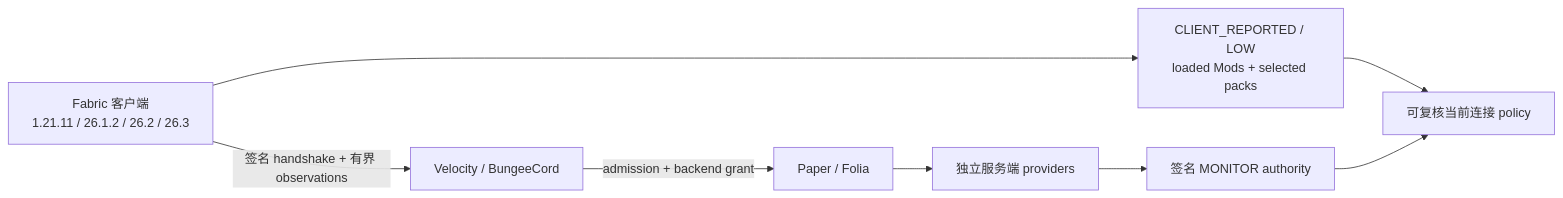
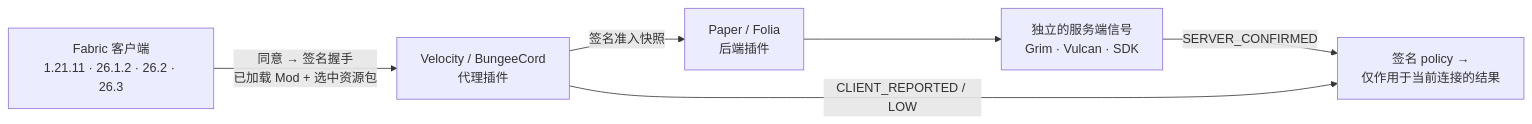
One commit to TypeThe0ry/MCAce changed the diagram in README_CN.md. Above: the diagram before and after it, drawn with Mermaid. The commit also changed other lines of this file and 3 other files, not shown here.

````diff
--- a/README_CN.md
+++ b/README_CN.md
@@ -603,18 +37,14 @@
 ```mermaid
 flowchart LR
-  C[Fabric 客户端\n1.21.11 / 26.1.2 / 26.2 / 26.3]
-  P[Velocity / BungeeCord]
-  B[Paper / Folia]
-  O[CLIENT_REPORTED / LOW\nloaded Mods + selected packs]
-  S[独立服务端 providers]
-  A[签名 MONITOR authority]
-  R[可复核当前连接 policy]
+  C[Fabric 客户端<br/>1.21.11 · 26.1.2 · 26.2 · 26.3]
+  P[Velocity / BungeeCord<br/>代理插件]
+  B[Paper / Folia<br/>后端插件]
+  S[独立的服务端信号<br/>Grim · Vulcan · SDK]
+  R[签名 policy →<br/>仅作用于当前连接的结果]
 
-  C -->|签名 handshake + 有界 observations| P
-  P -->|admission + backend grant| B
-  C --> O
+  C -->|"同意 → 签名握手<br/>已加载 Mod + 选中资源包"| P
+  P -->|"签名准入快照"| B
   B --> S
-  S --> A
-  O --> R
-  A --> R
+  S -->|"SERVER_CONFIRMED"| R
+  P -->|"CLIENT_REPORTED / LOW"| R
 ```
````
